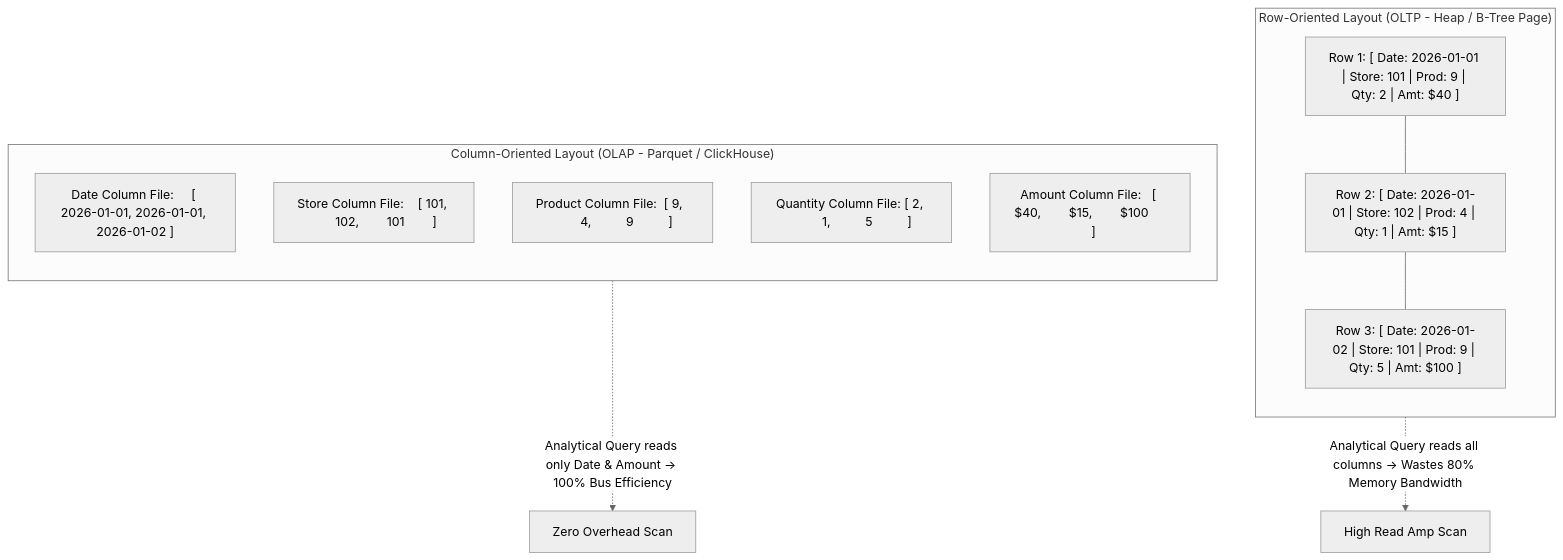
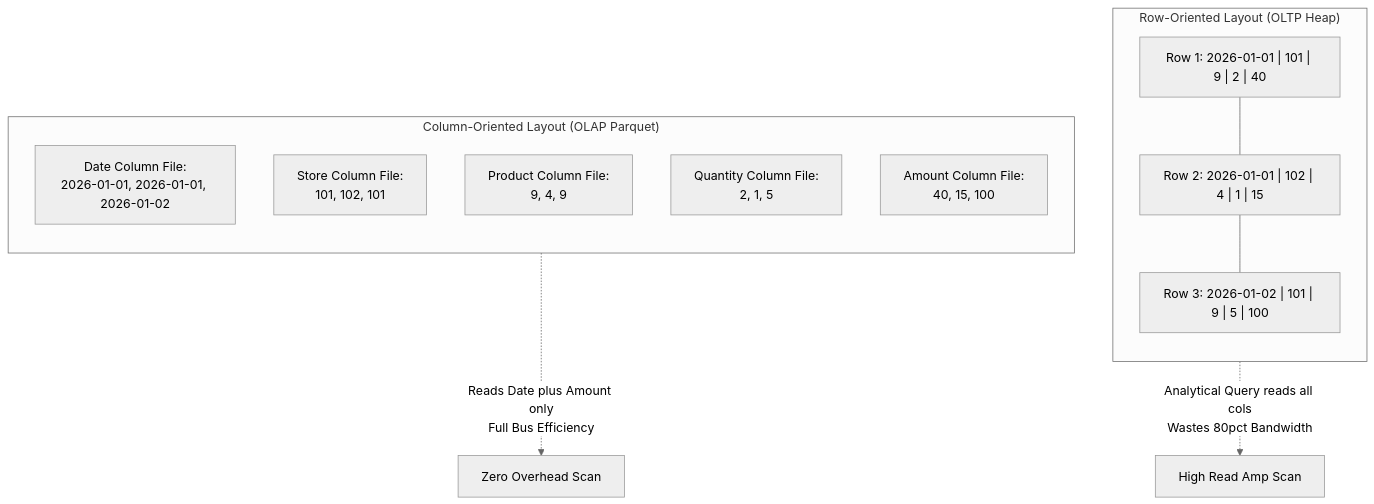
One commit to 1mimhe/books-summery changed the seventh of 12 diagrams in 01 Designing Data-Intensive Applications/chapter-04-storage-and-retrieval.md. Above: the diagram before and after it, drawn with Mermaid (neutral theme). The commit also changed other lines of this file and 1 other file, not shown here.

Commit message:
docs(book01): forensic rewrite ch04-05 (materialized views, full-text/vectors, XML/OpenAPI/SOAP)

````diff
--- a/01 Designing Data-Intensive Applications/chapter-04-storage-and-retrieval.md
+++ b/01 Designing Data-Intensive Applications/chapter-04-storage-and-retrieval.md
@@ -512,22 +376,20 @@
 ```mermaid
 flowchart TD
-  subgraph ROW_STORE["Row-Oriented Layout (OLTP - Heap / B-Tree Page)"]
+  subgraph ROW_STORE["Row-Oriented Layout (OLTP Heap)"]
     direction TB
-    R1["Row 1: [ Date: 2026-01-01 | Store: 101 | Prod: 9 | Qty: 2 | Amt: $40 ]"]
-    R2["Row 2: [ Date: 2026-01-01 | Store: 102 | Prod: 4 | Qty: 1 | Amt: $15 ]"]
-    R3["Row 3: [ Date: 2026-01-02 | Store: 101 | Prod: 9 | Qty: 5 | Amt: $100 ]"]
+    R1["Row 1: 2026-01-01 | 101 | 9 | 2 | 40"]
+    R2["Row 2: 2026-01-01 | 102 | 4 | 1 | 15"]
+    R3["Row 3: 2026-01-02 | 101 | 9 | 5 | 100"]
     R1 --- R2 --- R3
   end
-
-  subgraph COL_STORE["Column-Oriented Layout (OLAP - Parquet / ClickHouse)"]
+  subgraph COL_STORE["Column-Oriented Layout (OLAP Parquet)"]
     direction TB
-    C_DATE["Date Column File:     [ 2026-01-01, 2026-01-01, 2026-01-02 ]"]
-    C_STORE["Store Column File:    [ 101,        102,        101        ]"]
-    C_PROD["Product Column File:  [ 9,          4,          9          ]"]
-    C_QTY["Quantity Column File: [ 2,          1,          5          ]"]
-    C_AMT["Amount Column File:   [ $40,        $15,        $100       ]"]
+    C_DATE["Date Column File:<br/>2026-01-01, 2026-01-01, 2026-01-02"]
+    C_STORE["Store Column File:<br/>101, 102, 101"]
+    C_PROD["Product Column File:<br/>9, 4, 9"]
+    C_QTY["Quantity Column File:<br/>2, 1, 5"]
+    C_AMT["Amount Column File:<br/>40, 15, 100"]
   end
-
-  ROW_STORE -.->|"Analytical Query reads all columns -> Wastes 80% Memory Bandwidth"| SCAN_ROW[High Read Amp Scan]
-  COL_STORE -.->|"Analytical Query reads only Date & Amount -> 100% Bus Efficiency"| SCAN_COL[Zero Overhead Scan]
+  ROW_STORE -.->|"Analytical Query reads all cols<br/>Wastes 80pct Bandwidth"| SCAN_ROW["High Read Amp Scan"]
+  COL_STORE -.->|"Reads Date plus Amount only<br/>Full Bus Efficiency"| SCAN_COL["Zero Overhead Scan"]
 ```
````
